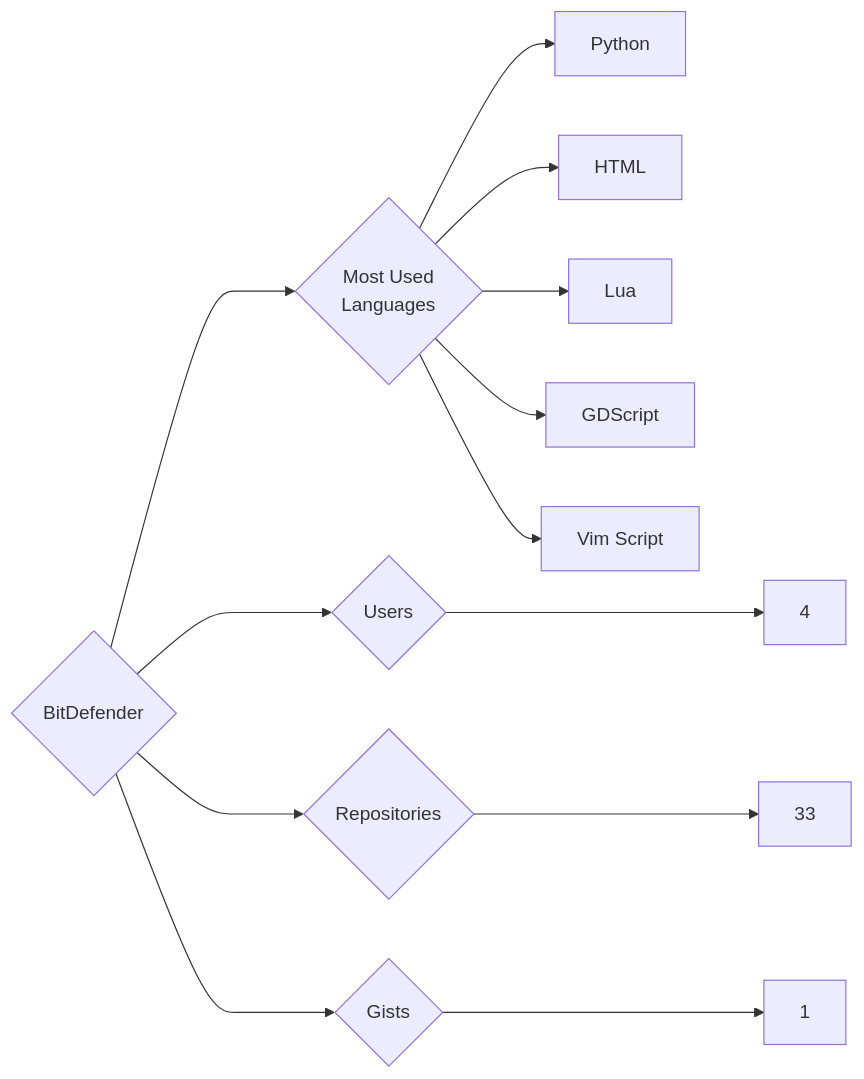
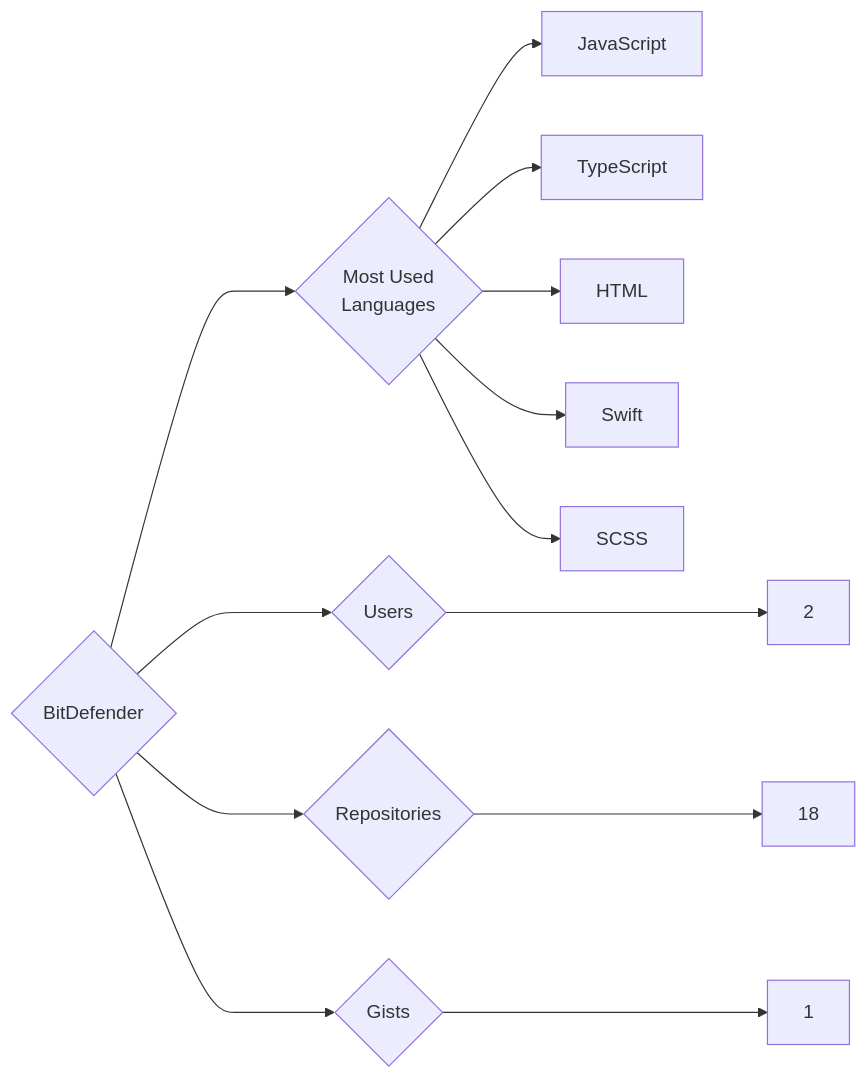
The diagram in targets/BitDefender/README.md (trickest/insiders), drawn with Mermaid before and after one commit. The commit also changed 1078 other files, not shown here.

````diff
--- a/targets/BitDefender/README.md
+++ b/targets/BitDefender/README.md
@@ -3,13 +3,13 @@
 ```mermaid
 graph LR
 COMPANY_NAME{BitDefender}
-COMPANY_NAME ---> U{Users} ---> UN[4]
-COMPANY_NAME ---> R{Repositories} ---> RN[33]
+COMPANY_NAME ---> U{Users} ---> UN[2]
+COMPANY_NAME ---> R{Repositories} ---> RN[18]
 COMPANY_NAME ---> G{Gists} ---> GN[1]
 COMPANY_NAME ---> ML{Most Used<br>Languages}
-ML --> Python[Python]
+ML --> JavaScript[JavaScript]
+ML --> TypeScript[TypeScript]
 ML --> HTML[HTML]
-ML --> Lua[Lua]
-ML --> GDScript[GDScript]
-ML --> Vim_Script[Vim Script]
+ML --> Swift[Swift]
+ML --> SCSS[SCSS]
 ```
````
